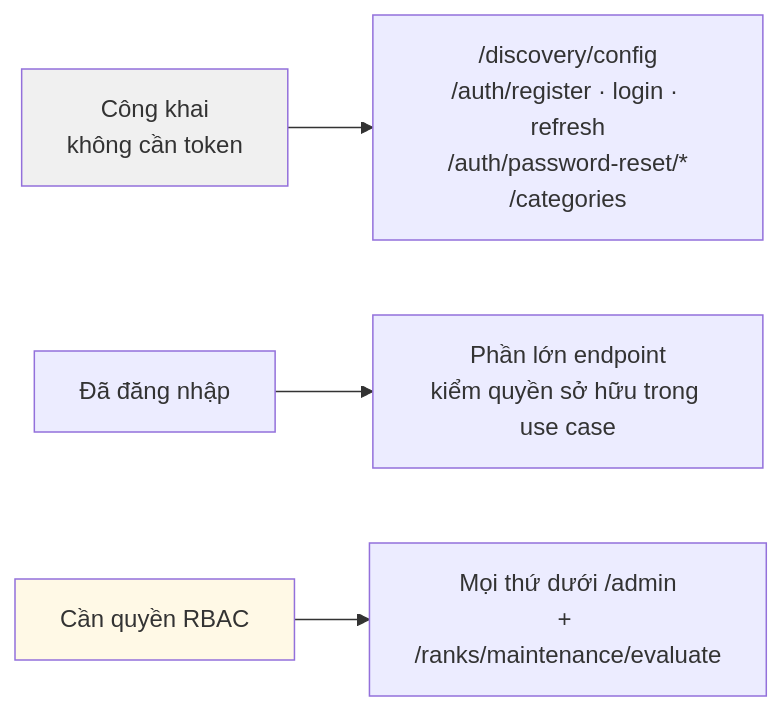
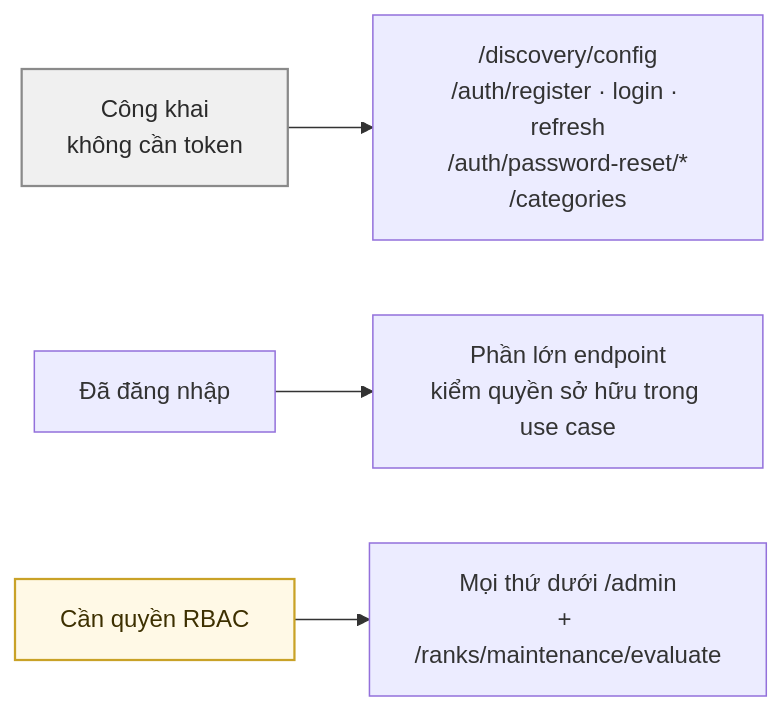
One commit to fdshn/trueheart changed the first of 2 diagrams in docs/diagram/30-endpoint-matrix.md. Above: the diagram before and after it, drawn with Mermaid. The commit also changed other lines of this file and 30 other files, not shown here.

First line of the commit message:
docs(diagram): chữ trong khối tô màu đọc được ở cả giao diện sáng và tối

````diff
--- a/docs/diagram/30-endpoint-matrix.md
+++ b/docs/diagram/30-endpoint-matrix.md
@@ -7,9 +7,9 @@
 ```mermaid
 flowchart LR
     A["Công khai<br/>không cần token"] --> A1["/discovery/config<br/>/auth/register · login · refresh<br/>/auth/password-reset/*<br/>/categories"]
     B["Đã đăng nhập"] --> B1["Phần lớn endpoint<br/>kiểm quyền sở hữu trong use case"]
     C["Cần quyền RBAC"] --> C1["Mọi thứ dưới /admin<br/>+ /ranks/maintenance/evaluate"]
 
-    style A fill:#f0f0f0
-    style C fill:#fff9e6
+    style A fill:#f0f0f0,stroke:#8a8a8a,stroke-width:1.5px,color:#2b2b2b
+    style C fill:#fff9e6,stroke:#c9a227,stroke-width:1.5px,color:#3d3000
 ```
````
